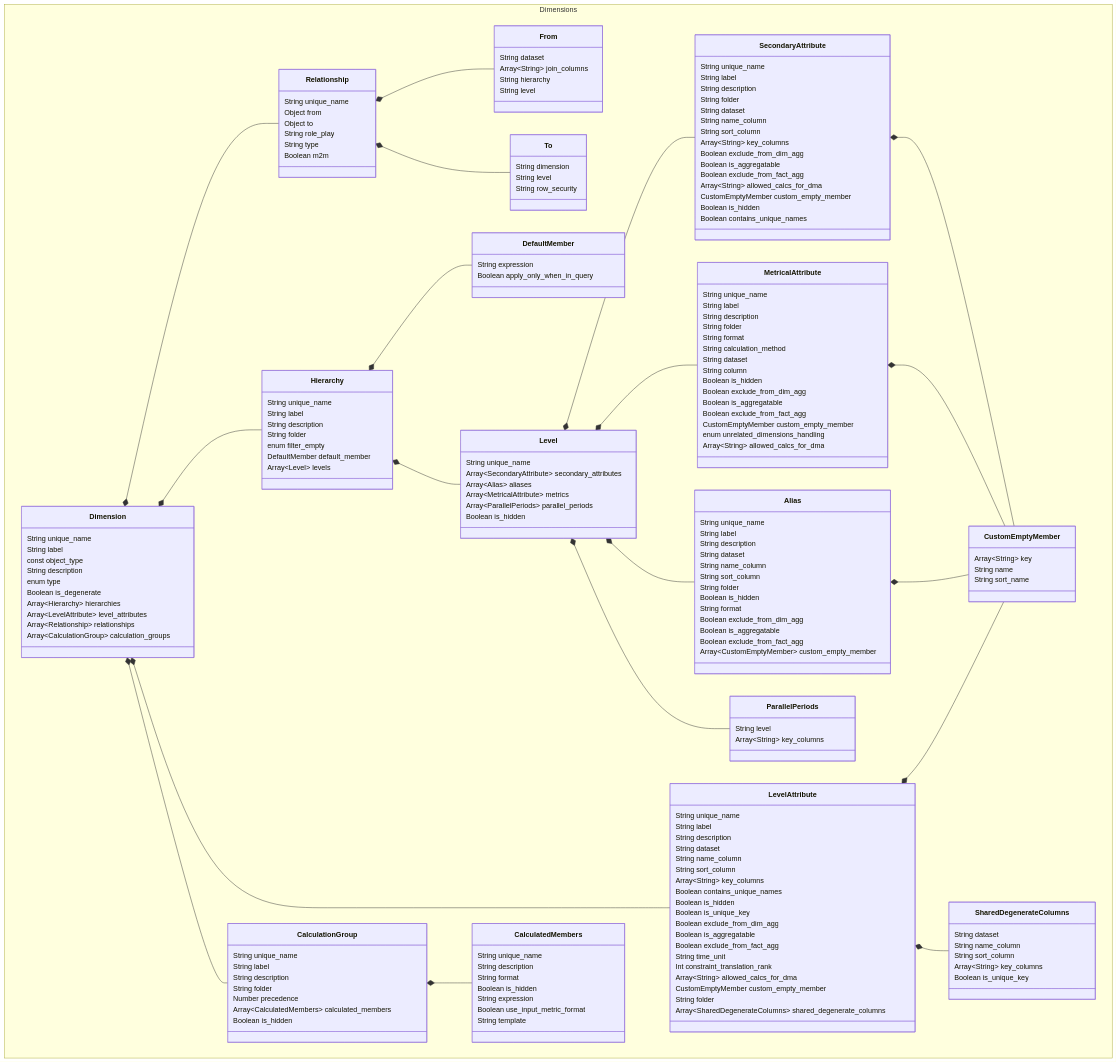
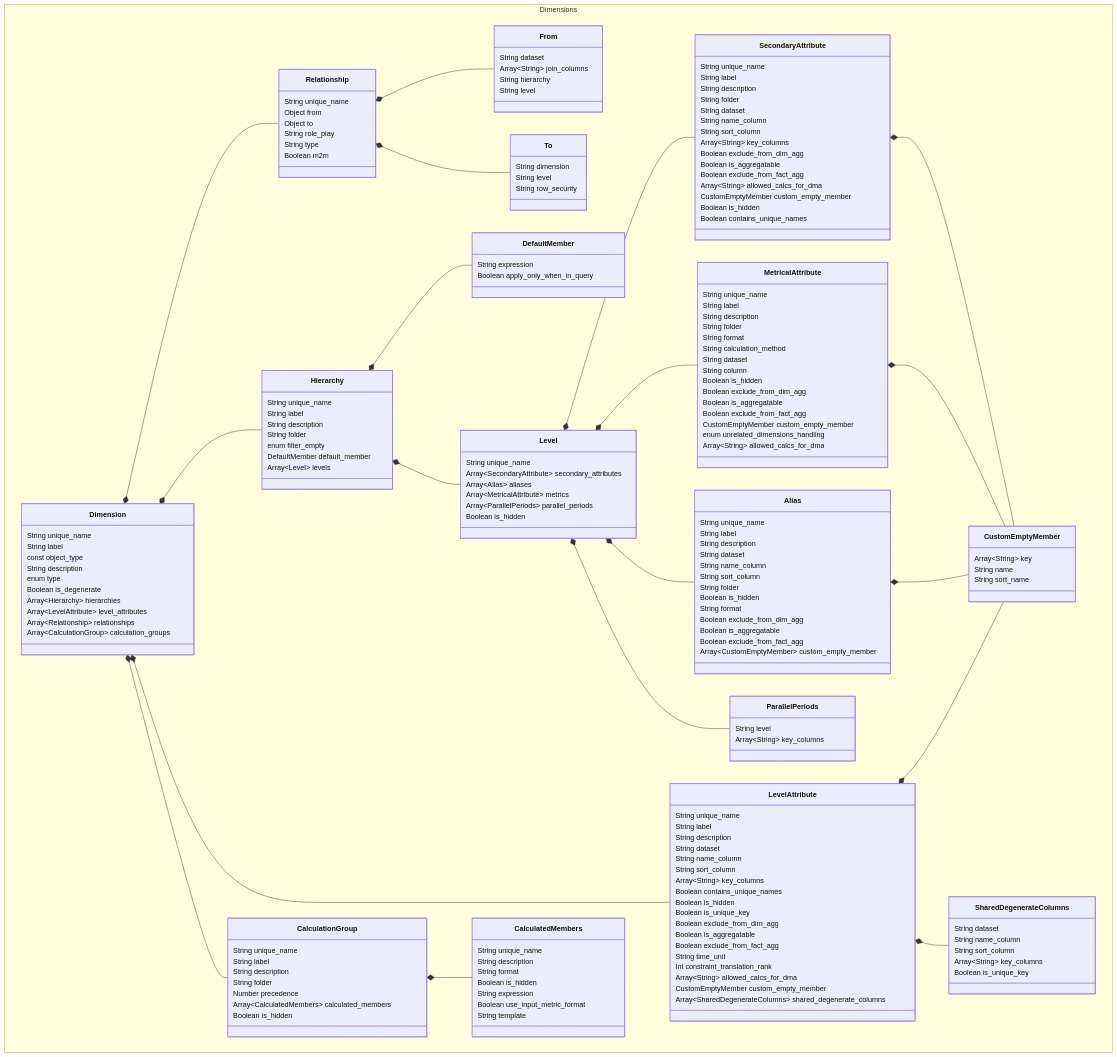
Before and after one commit to semanticdatalayer/SML: the diagram in sml-reference/dimension.md, drawn with Mermaid. The commit also changed other lines of this file, not shown here.

Commit message:
remove: level attributes folder

```diff
--- a/sml-reference/dimension.md
+++ b/sml-reference/dimension.md
@@ -269,7 +269,6 @@
       Int constraint_translation_rank
       Array~String~ allowed_calcs_for_dma
       CustomEmptyMember custom_empty_member
-      String folder
       Array~SharedDegenerateColumns~ shared_degenerate_columns
     }
     class SharedDegenerateColumns {
```
